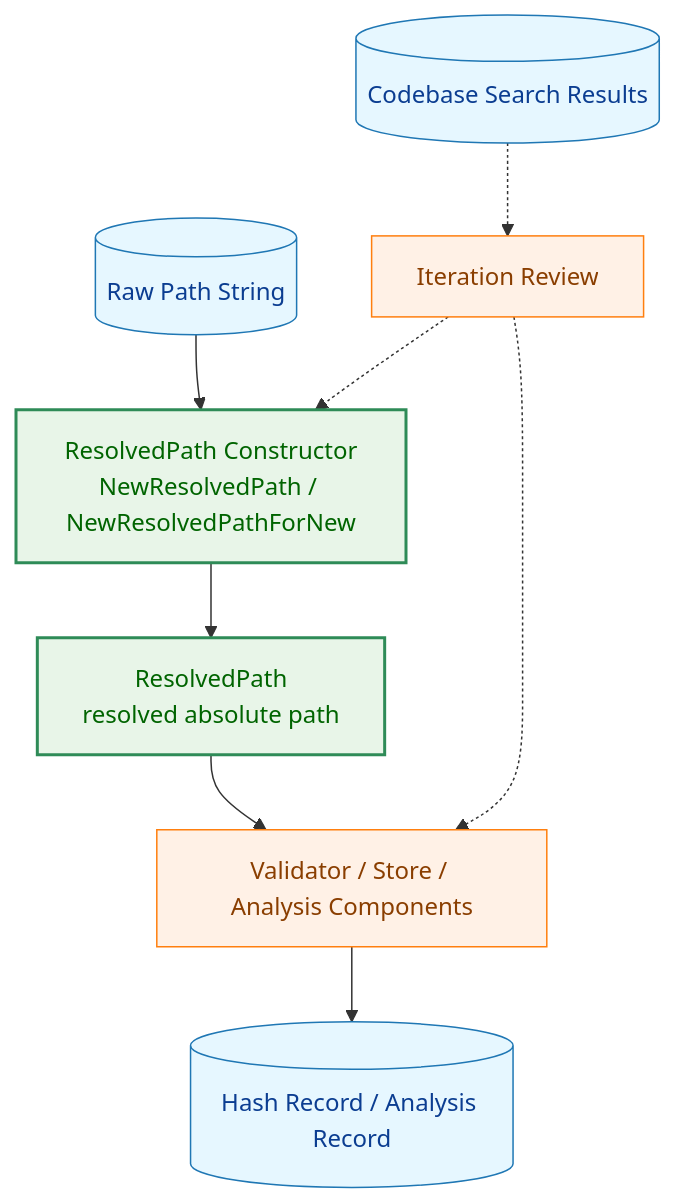
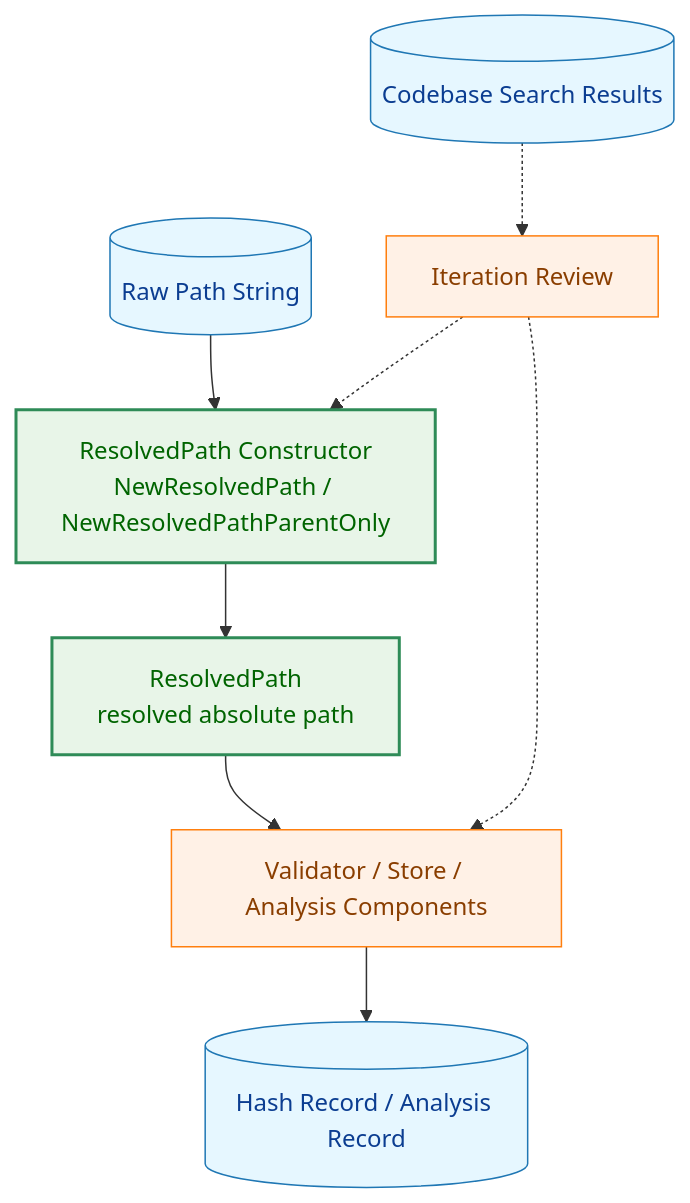
One commit to isseis/go-safe-cmd-runner changed the first of 8 diagrams in docs/tasks/0084_resolved_path_type_safety/02_architecture.md. Above: the diagram before and after it, drawn with Mermaid. The commit also changed other lines of this file and 10 other files, not shown here.

First line of the commit message:
Rename NewResolvedPathForNew to NewResolvedPathParentOnly

````diff
--- a/docs/tasks/0084_resolved_path_type_safety/02_architecture.md
+++ b/docs/tasks/0084_resolved_path_type_safety/02_architecture.md
@@ -21,19 +21,19 @@
 ```mermaid
 flowchart TD
     classDef data fill:#e6f7ff,stroke:#1f77b4,stroke-width:1px,color:#0b3d91;
     classDef process fill:#fff1e6,stroke:#ff7f0e,stroke-width:1px,color:#8a3e00;
     classDef enhanced fill:#e8f5e8,stroke:#2e8b57,stroke-width:2px,color:#006400;
 
-    A[(Raw Path String)] --> B["ResolvedPath Constructor<br>NewResolvedPath / NewResolvedPathForNew"]
+    A[(Raw Path String)] --> B["ResolvedPath Constructor<br>NewResolvedPath / NewResolvedPathParentOnly"]
     B --> C["ResolvedPath<br>resolved absolute path"]
     C --> D["Validator / Store / Analysis Components"]
     D --> E[(Hash Record / Analysis Record)]
 
     F[(Codebase Search Results)] -.-> G["Iteration Review"]
     G -.-> B
     G -.-> D
 
     class A,E,F data;
     class D,G process;
     class B,C enhanced;
 ```
````
